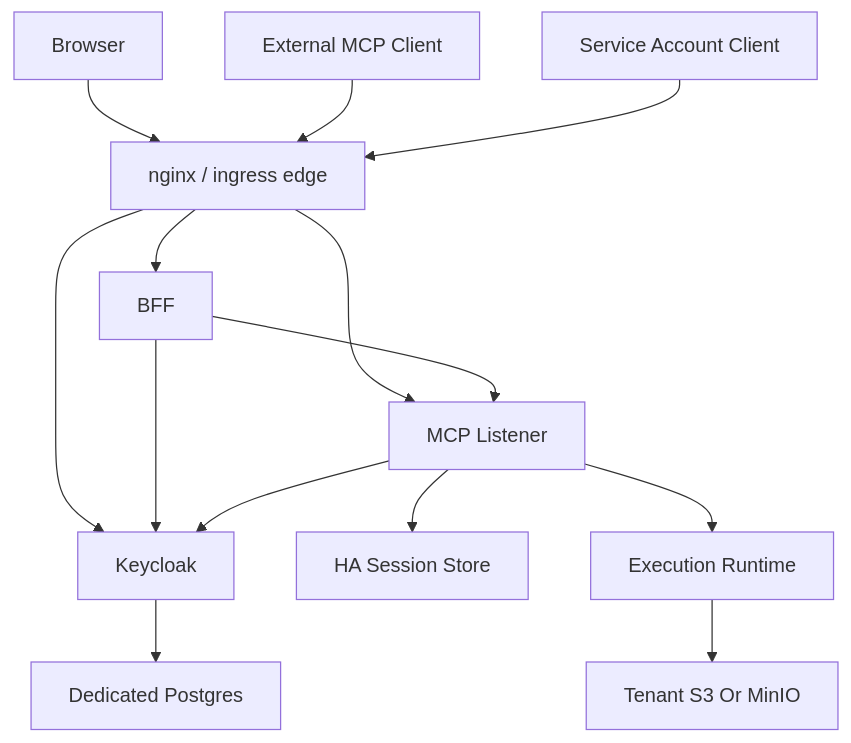
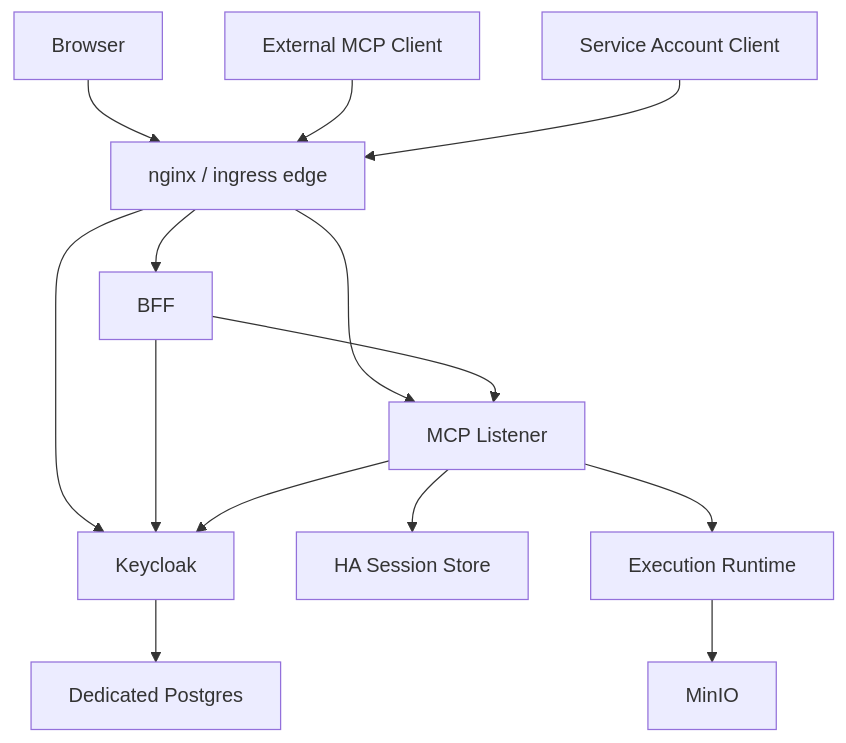
Before and after one commit to Tuee22/studioMCP: the first of 3 diagrams in documents/architecture/multi_tenant_saas_mcp_auth_architecture.md, drawn with Mermaid. The commit also changed other lines of this file and 67 other files, not shown here.

````diff
--- a/documents/architecture/multi_tenant_saas_mcp_auth_architecture.md
+++ b/documents/architecture/multi_tenant_saas_mcp_auth_architecture.md
@@ -36,16 +36,16 @@
 ```mermaid
 flowchart TB
   Browser[Browser] --> Edge[nginx / ingress edge]
   External[External MCP Client] --> Edge
   Service[Service Account Client] --> Edge
   Edge --> BFF[BFF]
   Edge --> MCP[MCP Listener]
   Edge --> Keycloak[Keycloak]
   BFF --> Keycloak
   BFF --> MCP
   MCP --> Keycloak
   MCP --> Redis[HA Session Store]
   MCP --> Runtime[Execution Runtime]
-  Runtime --> Storage[Tenant S3 Or MinIO]
+  Runtime --> Storage[MinIO]
   Keycloak --> Pg[Dedicated Postgres]
 ```
````
